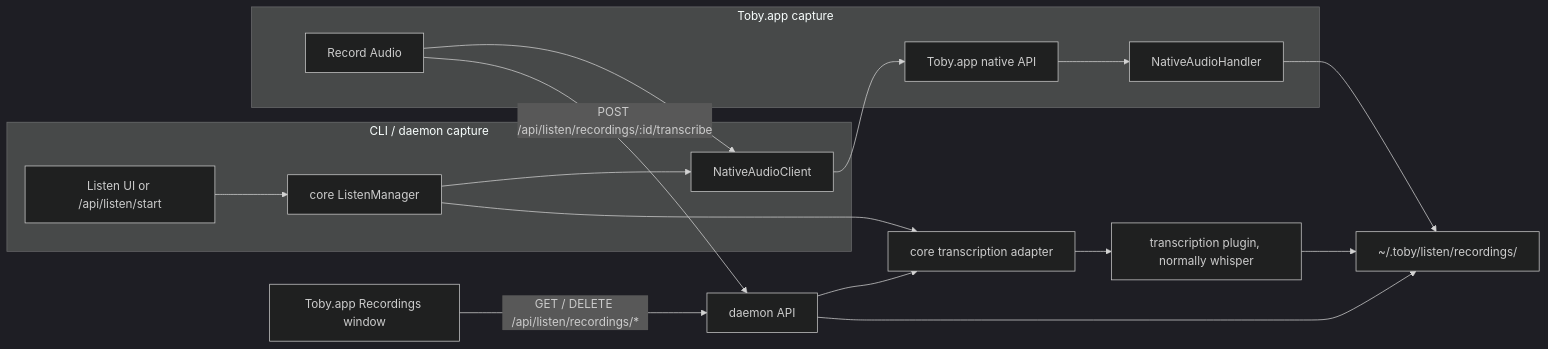
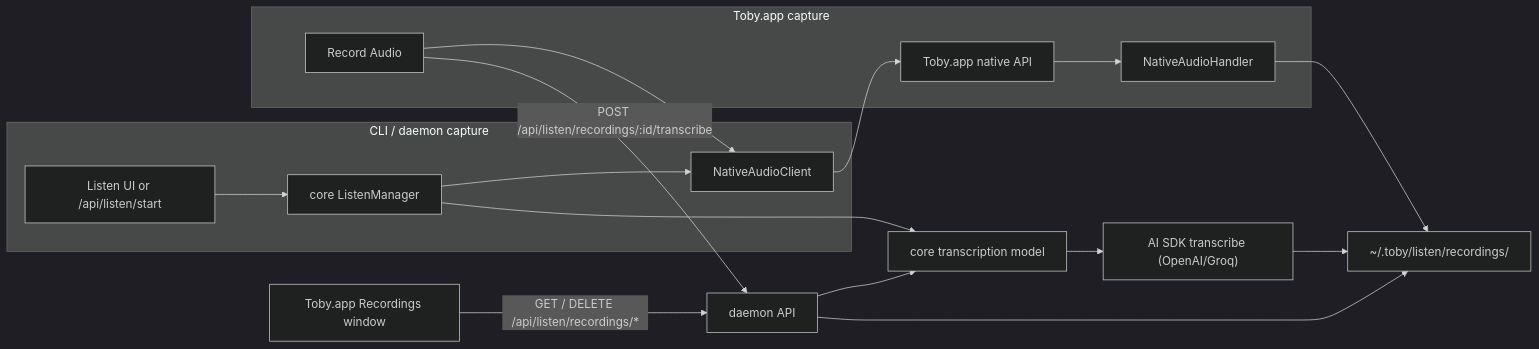
The second of 2 diagrams in docs/architecture.md (kshehadeh/toby), drawn with Mermaid (dark theme) before and after one commit. The commit also changed other lines of this file and 63 other files, not shown here.

First line of the commit message:
feat(listen): replace whisper plugin with built-in AI-SDK transcription

````diff
--- a/docs/architecture.md
+++ b/docs/architecture.md
@@ -167,23 +167,23 @@
 ```mermaid
 flowchart LR
   subgraph cliCapture ["CLI / daemon capture"]
     cliListen["Listen UI or /api/listen/start"] --> manager["core ListenManager"]
     manager --> nativeClient["NativeAudioClient"]
   end
 
   subgraph appCapture ["Toby.app capture"]
     appRecord["Record Audio"] --> nativeClient
     nativeClient --> nativeServer["Toby.app native API"]
     nativeServer --> nativeHandler["NativeAudioHandler"]
   end
 
   nativeHandler --> artifacts["~/.toby/listen/recordings/<id>"]
-  manager --> transcribe["core transcription adapter"]
+  manager --> transcribe["core transcription model"]
   appRecord -->|"POST /api/listen/recordings/:id/transcribe"| daemonApi["daemon API"]
   daemonApi --> transcribe
-  transcribe --> whisper["transcription plugin, normally whisper"]
-  whisper --> artifacts
+  transcribe --> model["AI SDK transcribe (OpenAI/Groq)"]
+  model --> artifacts
 
   recordingsWindow["Toby.app Recordings window"] -->|"GET / DELETE /api/listen/recordings/*"| daemonApi
   daemonApi --> artifacts
 ```
````
